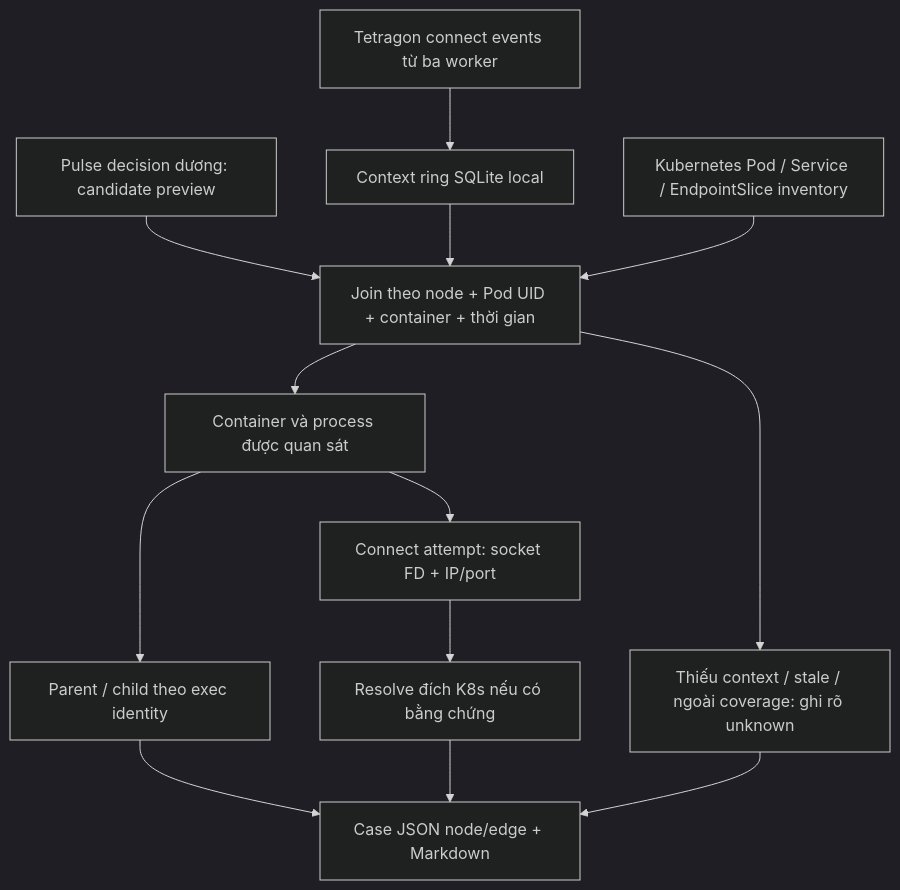
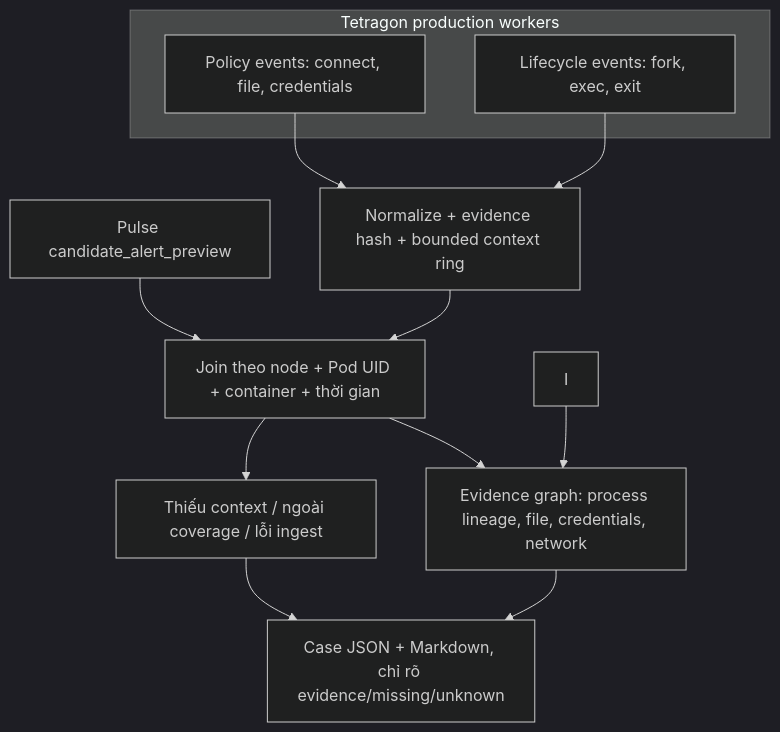
The diagram in RCA_RUNTIME_STATUS.md (tndat-dev/eBPF-project), drawn with Mermaid (dark theme) before and after one commit. The commit also changed other lines of this file and 2 other files, not shown here.

Commit message:
rca: document expanded production subscriber

````diff
--- a/RCA_RUNTIME_STATUS.md
+++ b/RCA_RUNTIME_STATUS.md
@@ -134,15 +137,16 @@
 ```mermaid
 flowchart TD
-    A[Pulse decision dương: candidate preview] --> C[Join theo node + Pod UID + container + thời gian]
-    B[Tetragon connect events từ ba worker] --> R[Context ring SQLite local]
-    R --> C
-    I[Kubernetes Pod / Service / EndpointSlice inventory] --> C
-    C --> P[Container và process được quan sát]
-    P --> L[Parent / child theo exec identity]
-    P --> N[Connect attempt: socket FD + IP/port]
-    N --> D[Resolve đích K8s nếu có bằng chứng]
-    L --> O[Case JSON node/edge + Markdown]
-    D --> O
-    C --> U[Thiếu context / stale / ngoài coverage: ghi rõ unknown]
+    A[Pulse candidate_alert_preview] --> J[Join theo node + Pod UID + container + thời gian]
+    subgraph K[Tetragon production workers]
+      P[Policy events: connect, file, credentials]
+      L[Lifecycle events: fork, exec, exit]
+    end
+    P --> R[Normalize + evidence hash + bounded context ring]
+    L --> R
+    R --> J
+    J --> G[Evidence graph: process lineage, file, credentials, network]
+    I --> G
+    G --> O[Case JSON + Markdown, chỉ rõ evidence/missing/unknown]
+    J --> U[Thiếu context / ngoài coverage / lỗi ingest]
     U --> O
 ```
````
